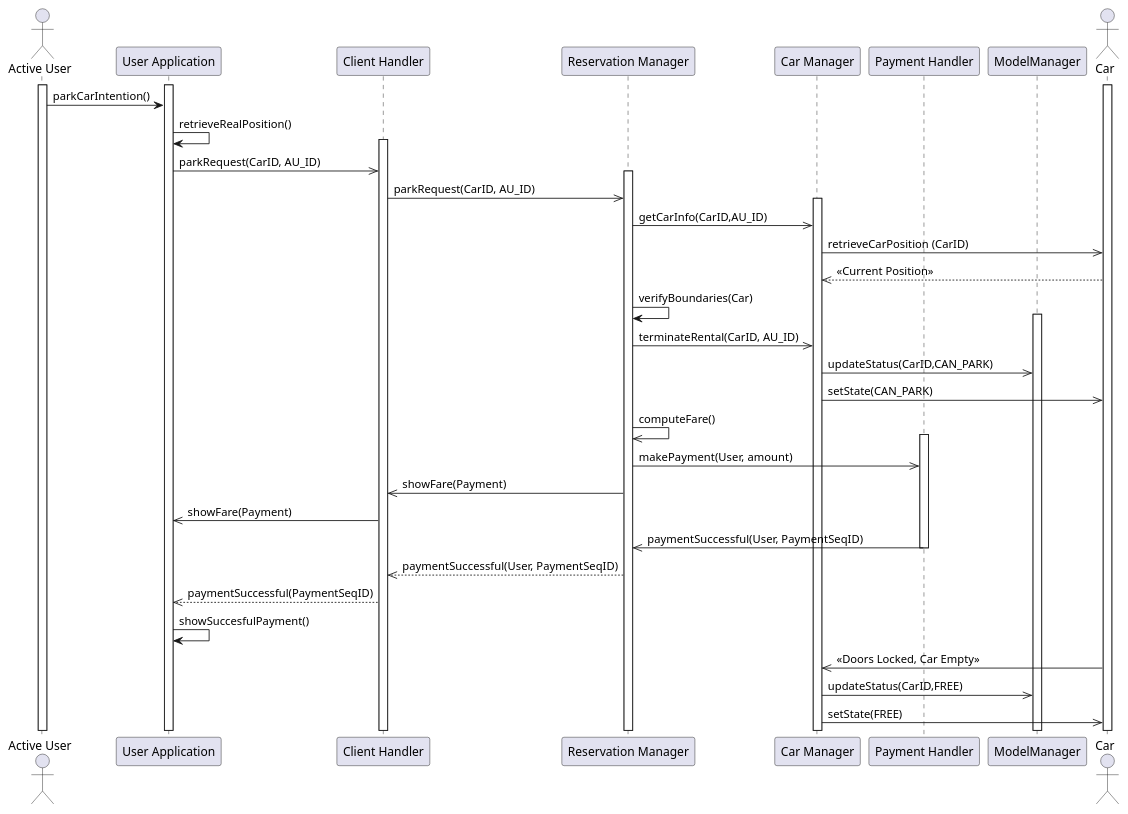
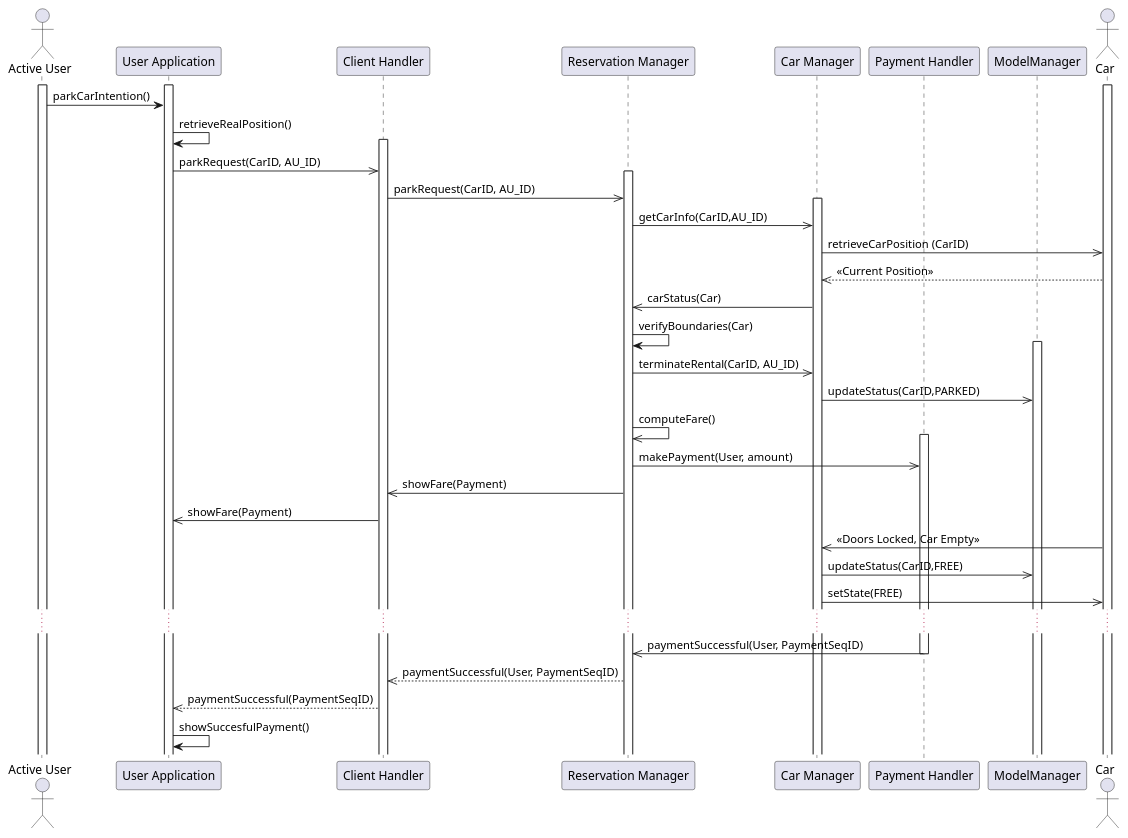
The diagram in DD/Sequence Diagrams/EndRentalInsideSafeZone.pu (phisco/sw-eng-2), drawn with PlantUML before and after one commit. The commit also changed 1 other file, not shown here.

```diff
--- a/DD/Sequence Diagrams/EndRentalInsideSafeZone.pu
+++ b/DD/Sequence Diagrams/EndRentalInsideSafeZone.pu
@@ -1,52 +1,53 @@
 @startuml
 actor "Active User" as AU
 participant "User Application" as UApp
 participant "Client Handler" as CH
 participant "Reservation Manager" as RM
 participant "Car Manager" as CM
 participant "Payment Handler" as PH
 participant "ModelManager" as MM
 
 
 
 actor "Car"
 activate Car
 activate AU
 activate UApp
 AU -> UApp : parkCarIntention()
 UApp -> UApp : retrieveRealPosition()
 '-> client side check to be in safe zone'
 activate CH
 UApp ->> CH : parkRequest(CarID, AU_ID)
 activate RM
 CH ->> RM :  parkRequest(CarID, AU_ID)
 activate CM
 RM ->> CM : getCarInfo(CarID,AU_ID)
 CM ->> Car : retrieveCarPosition (CarID)
 CM <<-- Car : <<Current Position>>
-'RM <<-- CM : carStatus(Car) 'Seems to be useless'
+RM <<- CM : carStatus(Car)
 'Server side check of car position'
 RM -> RM : verifyBoundaries(Car)
 activate MM
 RM ->> CM : terminateRental(CarID, AU_ID)
-CM ->> MM : updateStatus(CarID,CAN_PARK)
-CM ->> Car : setState(CAN_PARK)
+CM ->> MM : updateStatus(CarID,PARKED)
 RM ->> RM : computeFare()
 activate PH
 RM ->> PH : makePayment(User, amount)
 CH <<- RM : showFare(Payment)
 UApp <<- CH :showFare(Payment)
 
+
+'The customer will terminate the rental on the app and then get off so the car
+'is freed after "some" time
+CM <<- Car : <<Doors Locked, Car Empty>>
+CM ->> MM : updateStatus(CarID,FREE)
+CM ->> Car : setState(FREE)
+...
 RM <<- PH : paymentSuccessful(User, PaymentSeqID)
 deactivate PH
 CH <<-- RM :  paymentSuccessful(User, PaymentSeqID)
 UApp <<-- CH : paymentSuccessful(PaymentSeqID)
 UApp -> UApp : showSuccesfulPayment()
-'The customer will terminate the rental on the app and then get off so the car
-'is freed after "some" time
-CM <<- Car : <<Doors Locked, Car Empty>>
-CM ->> MM : updateStatus(CarID,FREE)
-CM ->> Car : setState(FREE)
+deactivate PH
 
-deactivate PH
 @enduml
```
